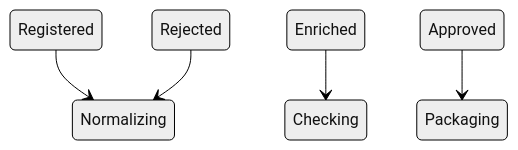
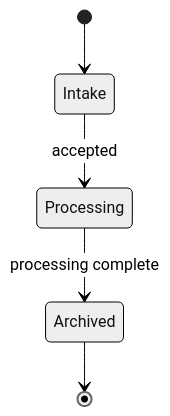
Before and after one commit to mols3131d/mols-agent-assets: the fourth of 5 diagrams in src/rulesync/.rulesync/skills/mols-mermaid-diagram/references/examples/state-diagram.md, drawn with Mermaid (neutral theme). The commit also changed other lines of this file and 27 other files, not shown here.

Commit message:
docs(mermaid): diagram examples 단계별 고도화

````diff
--- a/src/rulesync/.rulesync/skills/mols-mermaid-diagram/references/examples/state-diagram.md
+++ b/src/rulesync/.rulesync/skills/mols-mermaid-diagram/references/examples/state-diagram.md
@@ -76,7 +114,7 @@
 ```mermaid
 stateDiagram-v2
-    Registered --> Normalizing
-    Enriched --> Checking
-    Approved --> Packaging
-    Rejected --> Normalizing
+    [*] --> Intake
+    Intake --> Processing: accepted
+    Processing --> Archived: processing complete
+    Archived --> [*]
 ```
````
